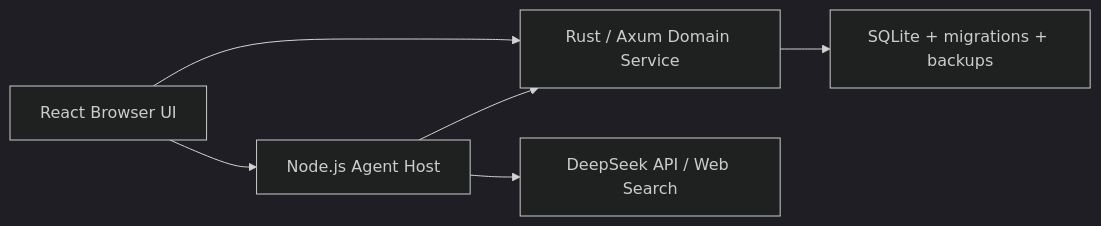
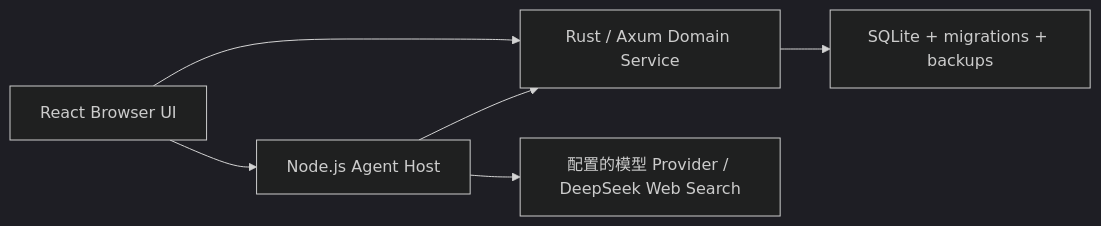
Before and after one commit to baizhuo-AI/Latitude: the second of 2 diagrams in README.md, drawn with Mermaid (dark theme). The commit also changed other lines of this file and 500 other files, not shown here.

````diff
--- a/README.md
+++ b/README.md
@@ -102,8 +114,8 @@
 ```mermaid
 flowchart LR
   UI["React Browser UI"] --> HOST["Node.js Agent Host"]
   UI --> DOMAIN["Rust / Axum Domain Service"]
   HOST --> DOMAIN
-  HOST --> DEEPSEEK["DeepSeek API / Web Search"]
+  HOST --> MODEL["配置的模型 Provider / DeepSeek Web Search"]
   DOMAIN --> DB["SQLite + migrations + backups"]
 ```
````
